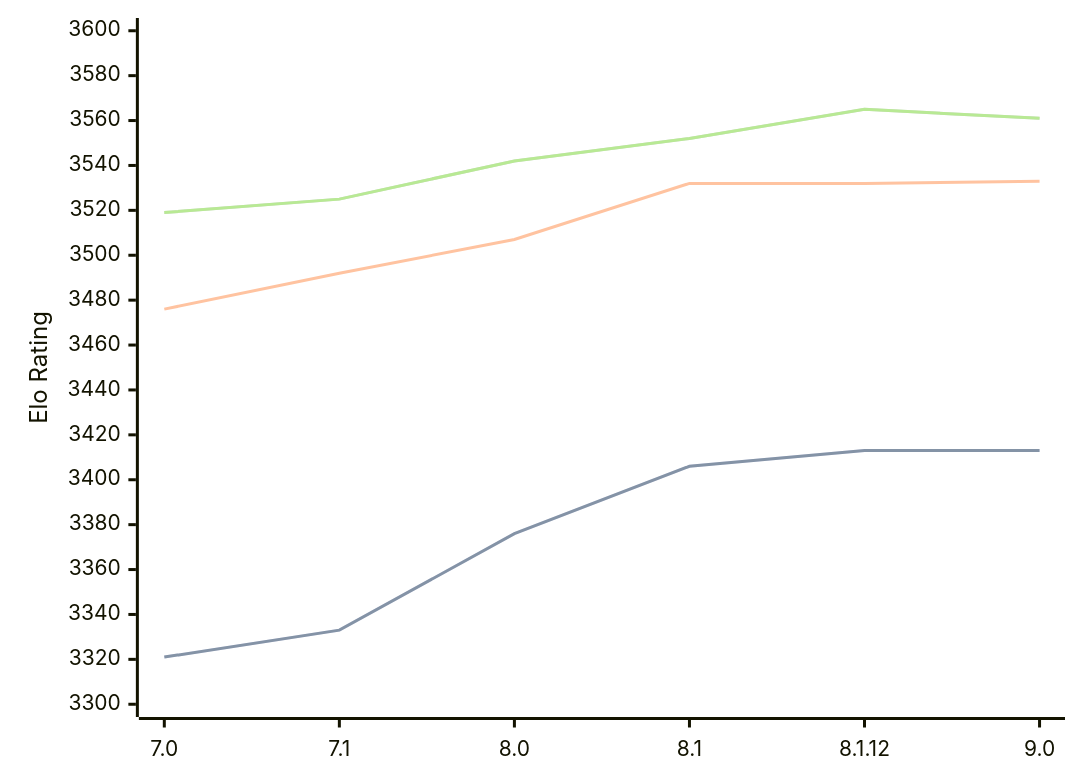
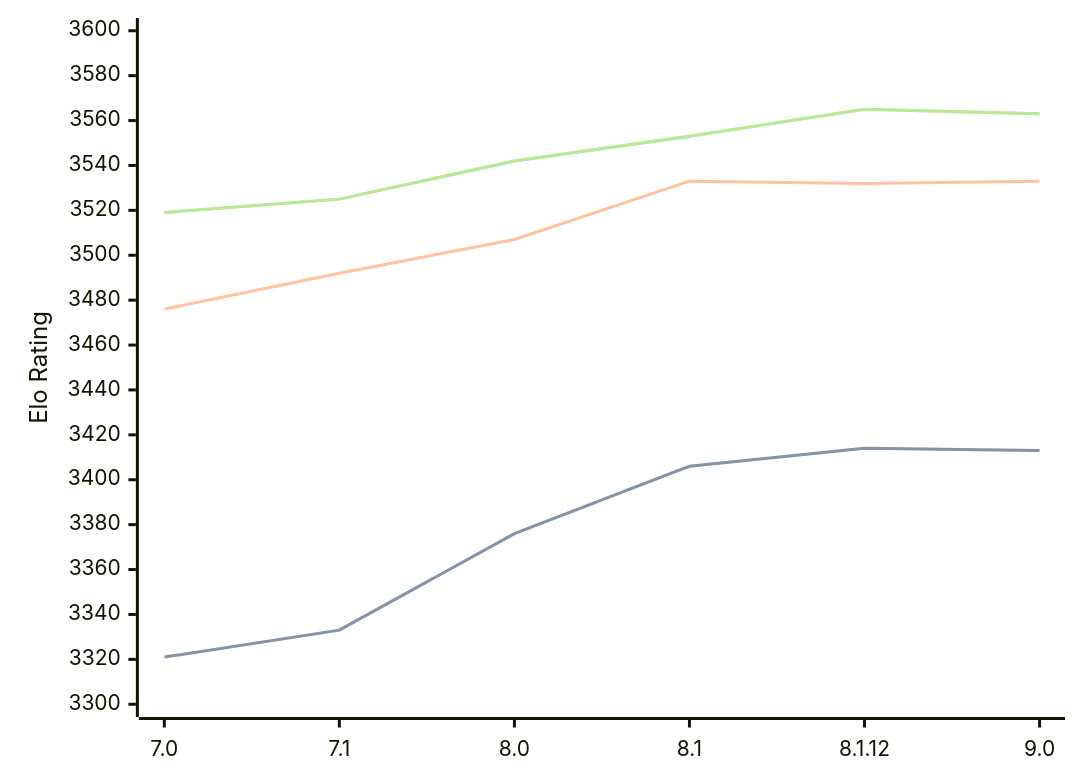
Before and after one commit to computer-chess-index/cci: the diagram in engines/Alexandria.md, drawn with Mermaid. The commit also changed other lines of this file, not shown here.

Commit message:
Update CCI Ratings (ELO VLTC) - 2026-07-19

````diff
--- a/engines/Alexandria.md
+++ b/engines/Alexandria.md
@@ -55,11 +55,11 @@
 ```mermaid
 %%{init: {"theme":"base","themeVariables":{"seriesColors:['#a3a3a3','#222221','#faa371']}}}%%
 xychart-beta
   x-axis ["7.0", "7.1", "8.0", "8.1", "8.1.12", "9.0"]
   y-axis "Elo Rating" 3300 --> 3600
-  line "STC (8.0+0.08s)" [3321, 3333, 3376, 3406, 3413, 3413]
-  line "STC (8.0+0.08s)" [3321, 3333, 3376, 3406, 3413, 3413]
-  line "LTC (60.0+0.60s)" [3476, 3492, 3507, 3532, 3532, 3533]
-  line "VLTC (2m24s+1.12s)" [3519, 3525, 3542, 3552, 3565, 3561]
-  line "VLTC (2m24s+1.12s)" [3519, 3525, 3542, 3552, 3565, 3561]
+  line "STC (8.0+0.08s)" [3321, 3333, 3376, 3406, 3414, 3413]
+  line "STC (8.0+0.08s)" [3321, 3333, 3376, 3406, 3414, 3413]
+  line "LTC (60.0+0.60s)" [3476, 3492, 3507, 3533, 3532, 3533]
+  line "VLTC (2m24s+1.12s)" [3519, 3525, 3542, 3553, 3565, 3563]
+  line "VLTC (2m24s+1.12s)" [3519, 3525, 3542, 3553, 3565, 3563]
 ```
````
